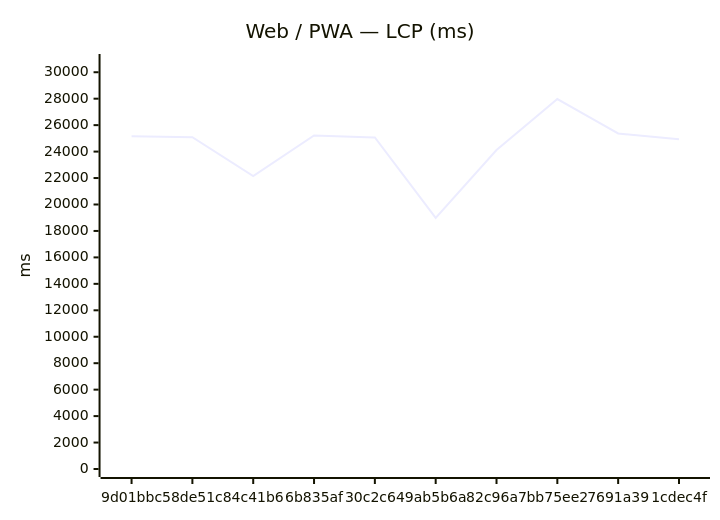
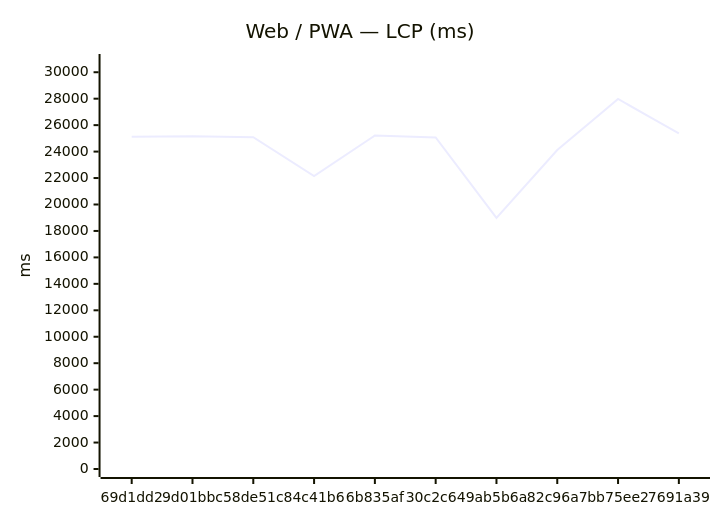
One commit to Metaheurist/Rianell changed the first of 12 diagrams in benchmarks/compare.md. Above: the diagram before and after it, drawn with Mermaid. The commit also changed other lines of this file and 8 other files, not shown here.

````diff
--- a/benchmarks/compare.md
+++ b/benchmarks/compare.md
@@ -24,7 +24,7 @@
 ```mermaid
 xychart-beta
     title "Web / PWA — LCP (ms)"
-    x-axis ["9d01bbc", "58de51c", "84c41b6", "6b835af", "30c2c64", "9ab5b6a", "82c96a7", "bb75ee2", "7691a39", "1cdec4f"]
+    x-axis ["69d1dd2", "9d01bbc", "58de51c", "84c41b6", "6b835af", "30c2c64", "9ab5b6a", "82c96a7", "bb75ee2", "7691a39"]
     y-axis "ms" 0 --> 30774
-    line [25162, 25092, 22152, 25215, 25064, 18985, 24113, 27976, 25370, 24933]
+    line [25124, 25162, 25092, 22152, 25215, 25064, 18985, 24113, 27976, 25370]
 ```
````
